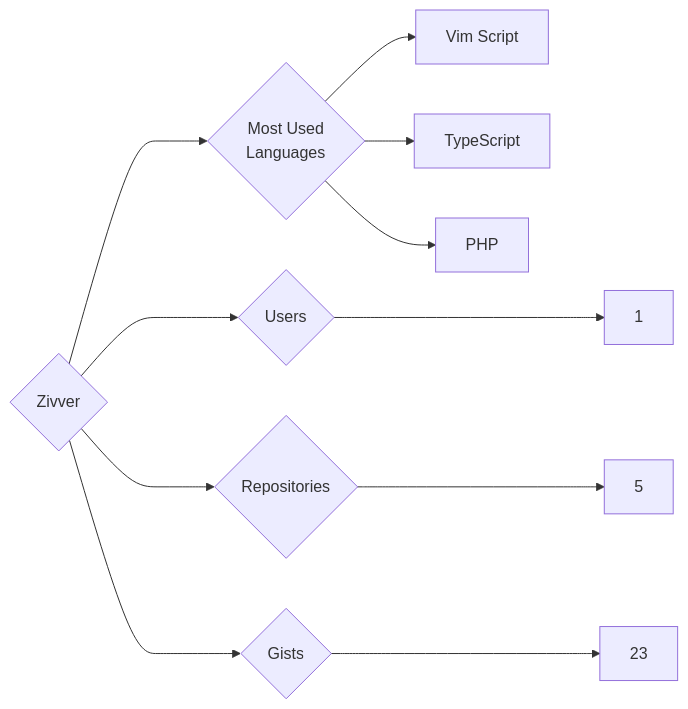
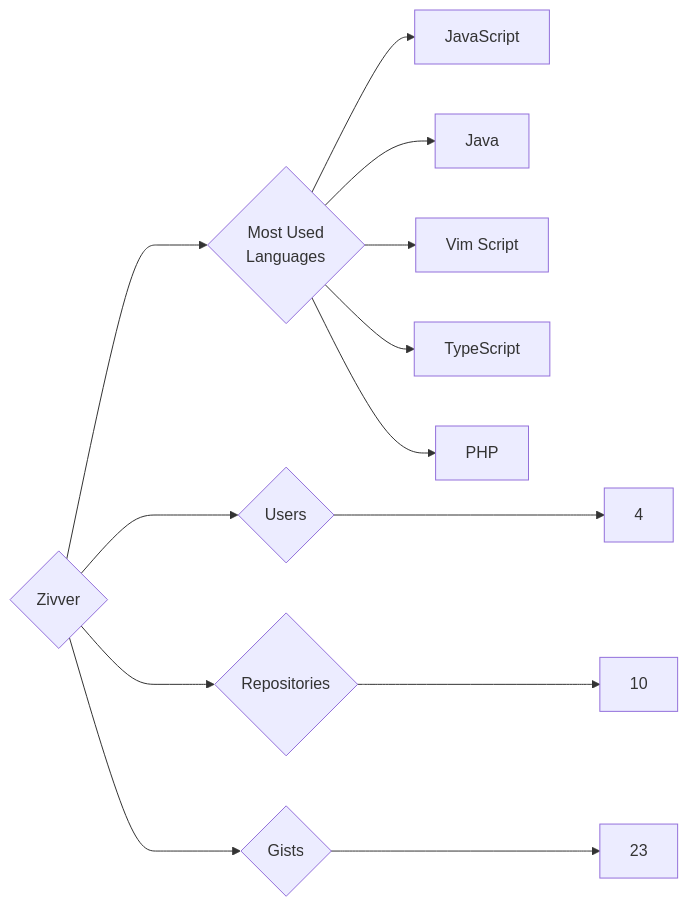
Before and after one commit to trickest/insiders: the diagram in targets/Zivver/README.md, drawn with Mermaid. The commit also changed 1696 other files, not shown here.

````diff
--- a/targets/Zivver/README.md
+++ b/targets/Zivver/README.md
@@ -3,11 +3,13 @@
 ```mermaid
 graph LR
 COMPANY_NAME{Zivver}
-COMPANY_NAME ---> U{Users} ---> UN[1]
-COMPANY_NAME ---> R{Repositories} ---> RN[5]
+COMPANY_NAME ---> U{Users} ---> UN[4]
+COMPANY_NAME ---> R{Repositories} ---> RN[10]
 COMPANY_NAME ---> G{Gists} ---> GN[23]
 COMPANY_NAME ---> ML{Most Used<br>Languages}
+ML --> JavaScript[JavaScript]
+ML --> Java[Java]
 ML --> Vim_Script[Vim Script]
 ML --> TypeScript[TypeScript]
 ML --> PHP[PHP]
 ```
````
